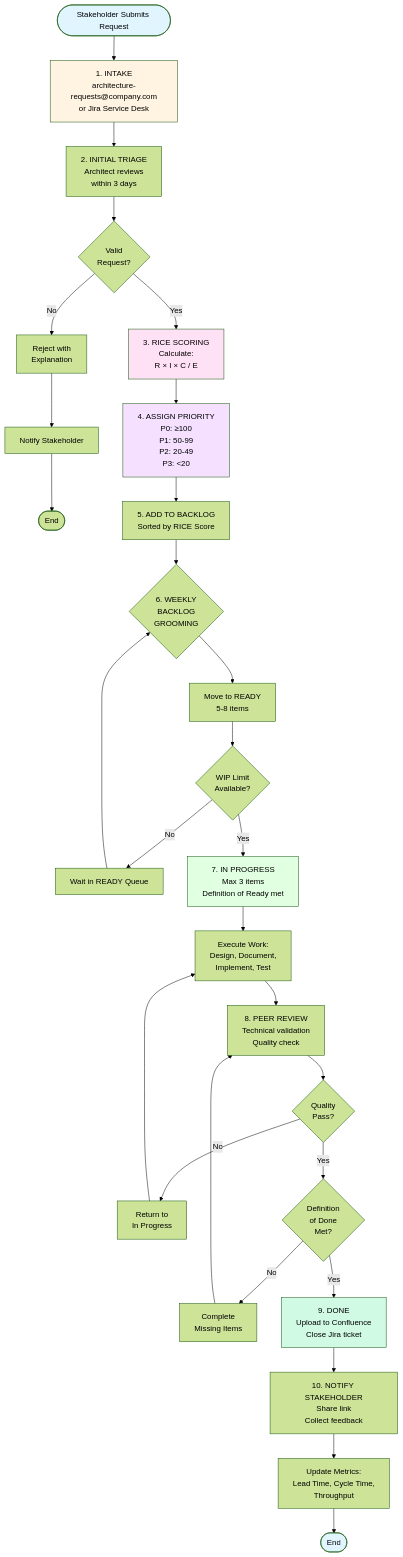
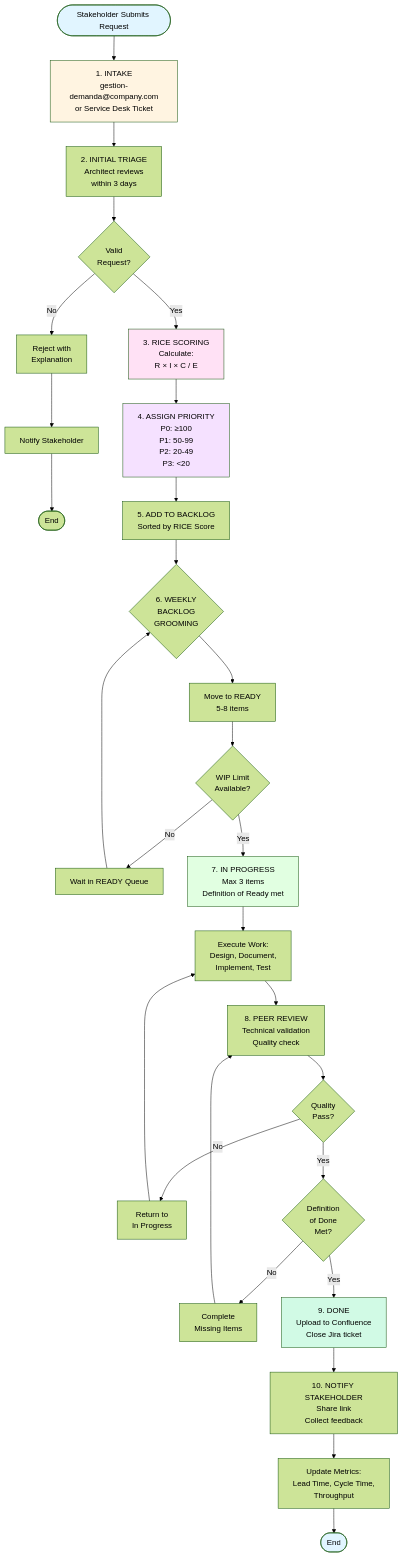
One commit to Nebiath/Architecture-design-documentation changed the first of 10 diagrams in docs/ejemplo/01-global/demand-management/diagrams/demand-management-diagrams.md. Above: the diagram before and after it, drawn with Mermaid (forest theme).

````diff
--- a/docs/ejemplo/01-global/demand-management/diagrams/demand-management-diagrams.md
+++ b/docs/ejemplo/01-global/demand-management/diagrams/demand-management-diagrams.md
@@ -26,59 +26,59 @@
 ```mermaid
 graph TD
-    Start([Stakeholder Submits Request]) --> Intake[1. INTAKE<br/>architecture-requests@company.com<br/>or Jira Service Desk]
+    Start([Stakeholder Submits Request]) --> Intake[1. INTAKE<br/>gestion-demanda@company.com<br/>or Service Desk Ticket]
 
     Intake --> Triage[2. INITIAL TRIAGE<br/>Architect reviews<br/>within 3 days]
 
     Triage --> Valid{Valid<br/>Request?}
 
     Valid -->|No| Reject[Reject with<br/>Explanation]
     Reject --> NotifyReject[Notify Stakeholder]
     NotifyReject --> End1([End])
 
     Valid -->|Yes| Scoring[3. RICE SCORING<br/>Calculate:<br/>R × I × C / E]
 
     Scoring --> Priority[4. ASSIGN PRIORITY<br/>P0: ≥100<br/>P1: 50-99<br/>P2: 20-49<br/>P3: <20]
 
     Priority --> Backlog[5. ADD TO BACKLOG<br/>Sorted by RICE Score]
 
     Backlog --> Groom{6. WEEKLY<br/>BACKLOG<br/>GROOMING}
 
     Groom --> Ready[Move to READY<br/>5-8 items]
 
     Ready --> WIP{WIP Limit<br/>Available?}
 
     WIP -->|No| Wait[Wait in READY Queue]
     Wait --> Groom
 
     WIP -->|Yes| InProgress[7. IN PROGRESS<br/>Max 3 items<br/>Definition of Ready met]
 
     InProgress --> Work[Execute Work:<br/>Design, Document,<br/>Implement, Test]
 
     Work --> Review[8. PEER REVIEW<br/>Technical validation<br/>Quality check]
 
     Review --> QA{Quality<br/>Pass?}
 
     QA -->|No| Rework[Return to<br/>In Progress]
     Rework --> Work
 
     QA -->|Yes| DoD{Definition<br/>of Done<br/>Met?}
 
     DoD -->|No| Complete[Complete<br/>Missing Items]
     Complete --> Review
 
     DoD -->|Yes| Done[9. DONE<br/>Upload to Confluence<br/>Close Jira ticket]
 
     Done --> Notify[10. NOTIFY STAKEHOLDER<br/>Share link<br/>Collect feedback]
 
     Notify --> Metrics[Update Metrics:<br/>Lead Time, Cycle Time,<br/>Throughput]
 
     Metrics --> End2([End])
 
     style Start fill:#e1f5ff
     style Intake fill:#fff4e1
     style Scoring fill:#ffe1f5
     style Priority fill:#f5e1ff
     style InProgress fill:#e1ffe1
     style Done fill:#d1fae5
     style End2 fill:#e1f5ff
 ```
````
